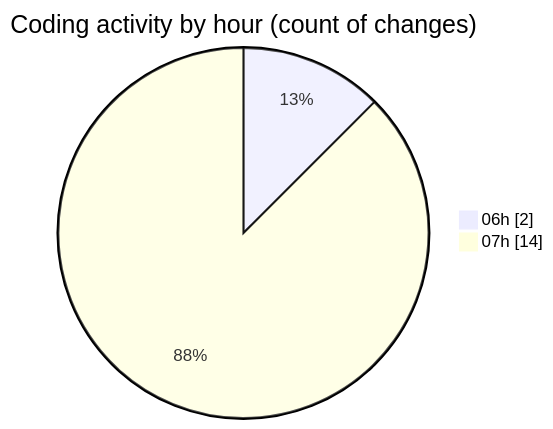
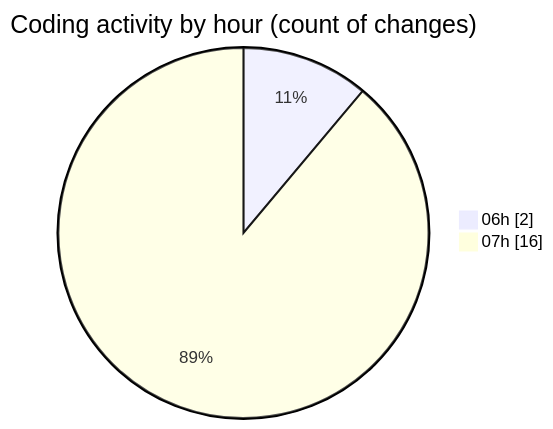
The second of 2 diagrams in 2025-01-27/termonied-web/README.md (robertbonfada/code-tracking), drawn with Mermaid before and after one commit. The commit also changed other lines of this file and 1 other file, not shown here.

````diff
--- a/2025-01-27/termonied-web/README.md
+++ b/2025-01-27/termonied-web/README.md
@@ -32,6 +32,6 @@
 ```mermaid
 pie showData
 title Coding activity by hour (count of changes)
 "06h" : 2
-"07h" : 14
+"07h" : 16
 ```
````
